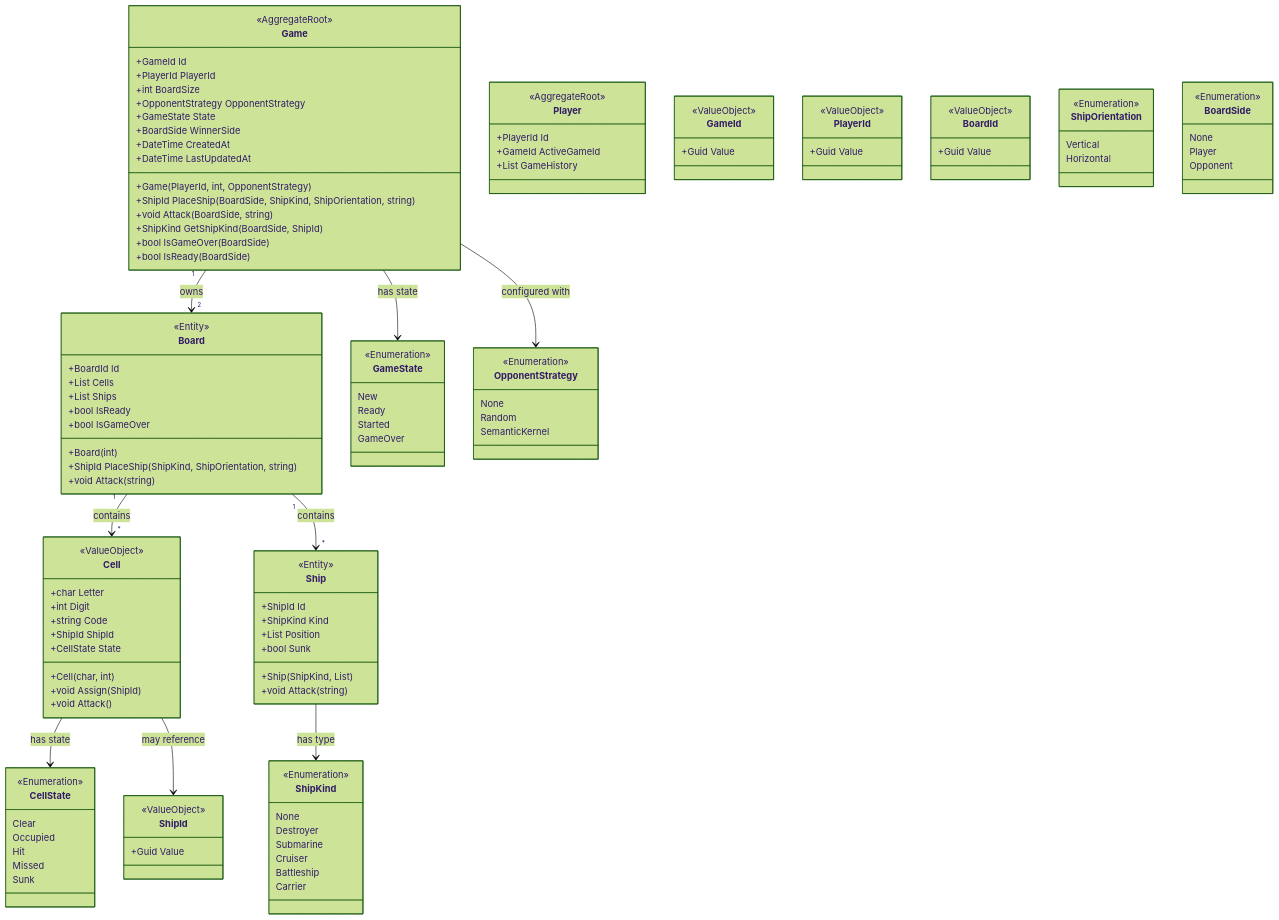
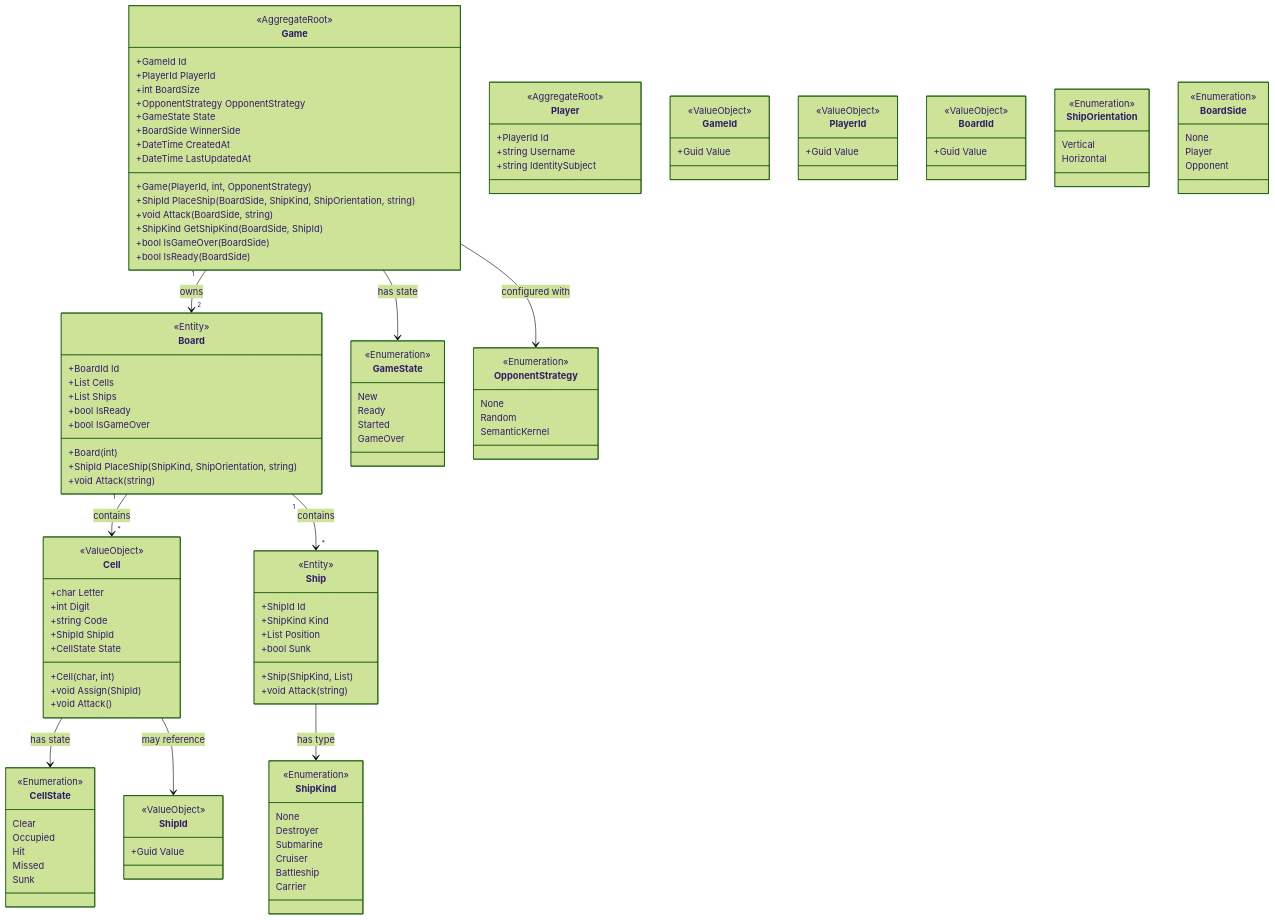
The first of 3 diagrams in docs/design.md (wahidshalaly/battleship-game), drawn with Mermaid (forest theme) before and after one commit. The commit also changed 42 other files, not shown here.

First line of the commit message:
Derive a player's active game from their games

```diff
--- a/docs/design.md
+++ b/docs/design.md
@@ -38,8 +38,8 @@
     class Player {
         <<AggregateRoot>>
         +PlayerId Id
-        +GameId ActiveGameId
-        +List GameHistory
+        +string Username
+        +string IdentitySubject
     }
 
     class Board {
```
